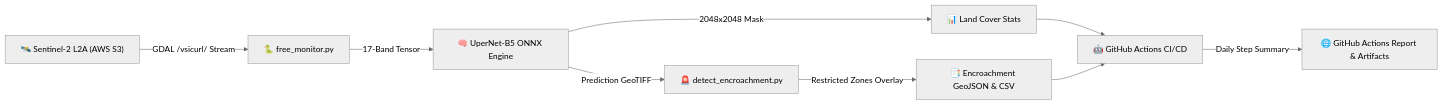
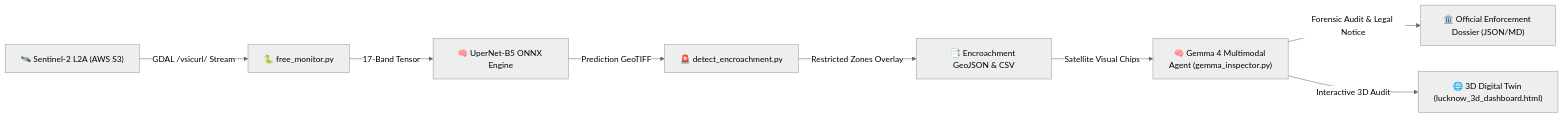
Before and after one commit to THEOxVISHAL/Lucknow-geospatial-ai: the diagram in README.md, drawn with Mermaid (neutral theme). The commit also changed other lines of this file and 9 other files, not shown here.

Commit message:
Configure 20% cloud cover threshold, orbital swath coverage filter, and multimodal enforcement pipeline

````diff
--- a/README.md
+++ b/README.md
@@ -84,10 +110,10 @@
 ```mermaid
 flowchart LR
     A["🛰️ Sentinel-2 L2A (AWS S3)"] -->|GDAL /vsicurl/ Stream| B["🐍 free_monitor.py"]
     B -->|17-Band Tensor| C["🧠 UperNet-B5 ONNX Engine"]
-    C -->|2048x2048 Mask| D["📊 Land Cover Stats"]
     C -->|Prediction GeoTIFF| E["🚨 detect_encroachment.py"]
     E -->|Restricted Zones Overlay| F["📑 Encroachment GeoJSON & CSV"]
-    D & F --> G["🤖 GitHub Actions CI/CD"]
-    G -->|Daily Step Summary| H["🌐 GitHub Actions Report & Artifacts"]
+    F -->|Satellite Visual Chips| G["🧠 Gemma 4 Multimodal Agent (gemma_inspector.py)"]
+    G -->|Forensic Audit & Legal Notice| H["🏛️ Official Enforcement Dossier (JSON/MD)"]
+    G -->|Interactive 3D Audit| I["🌐 3D Digital Twin (lucknow_3d_dashboard.html)"]
 ```
````
